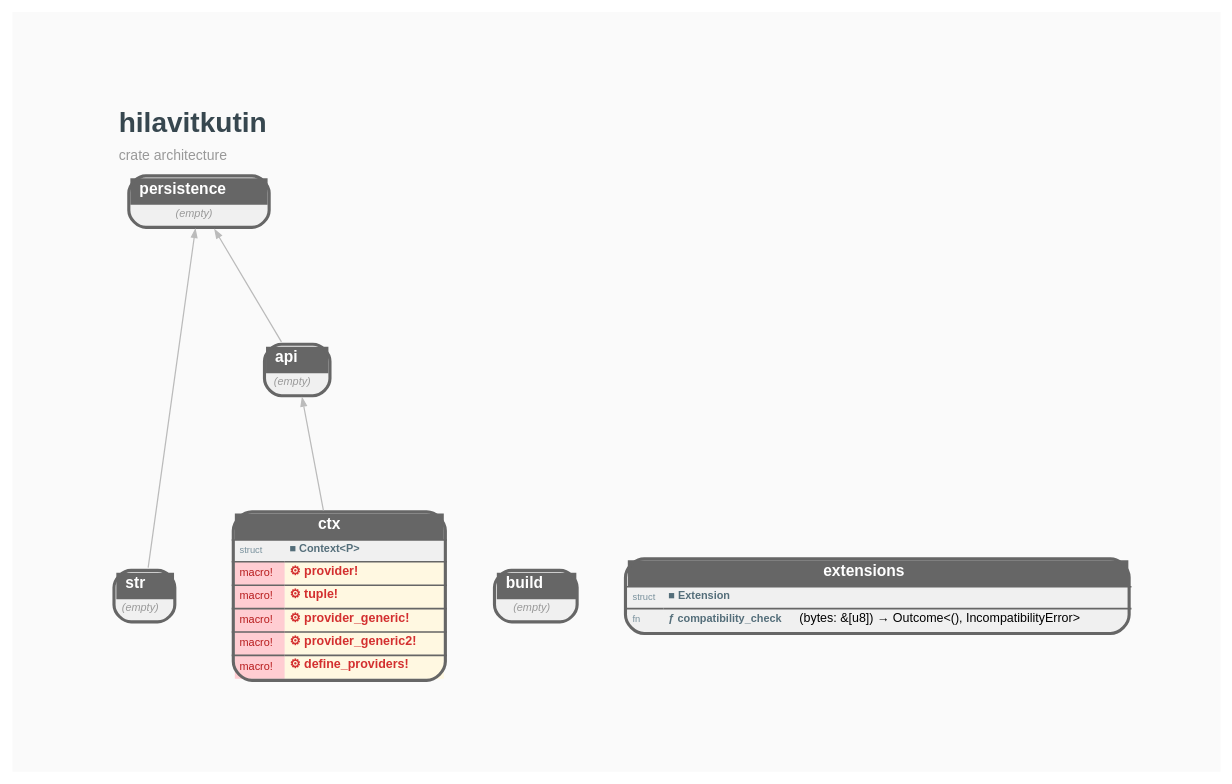
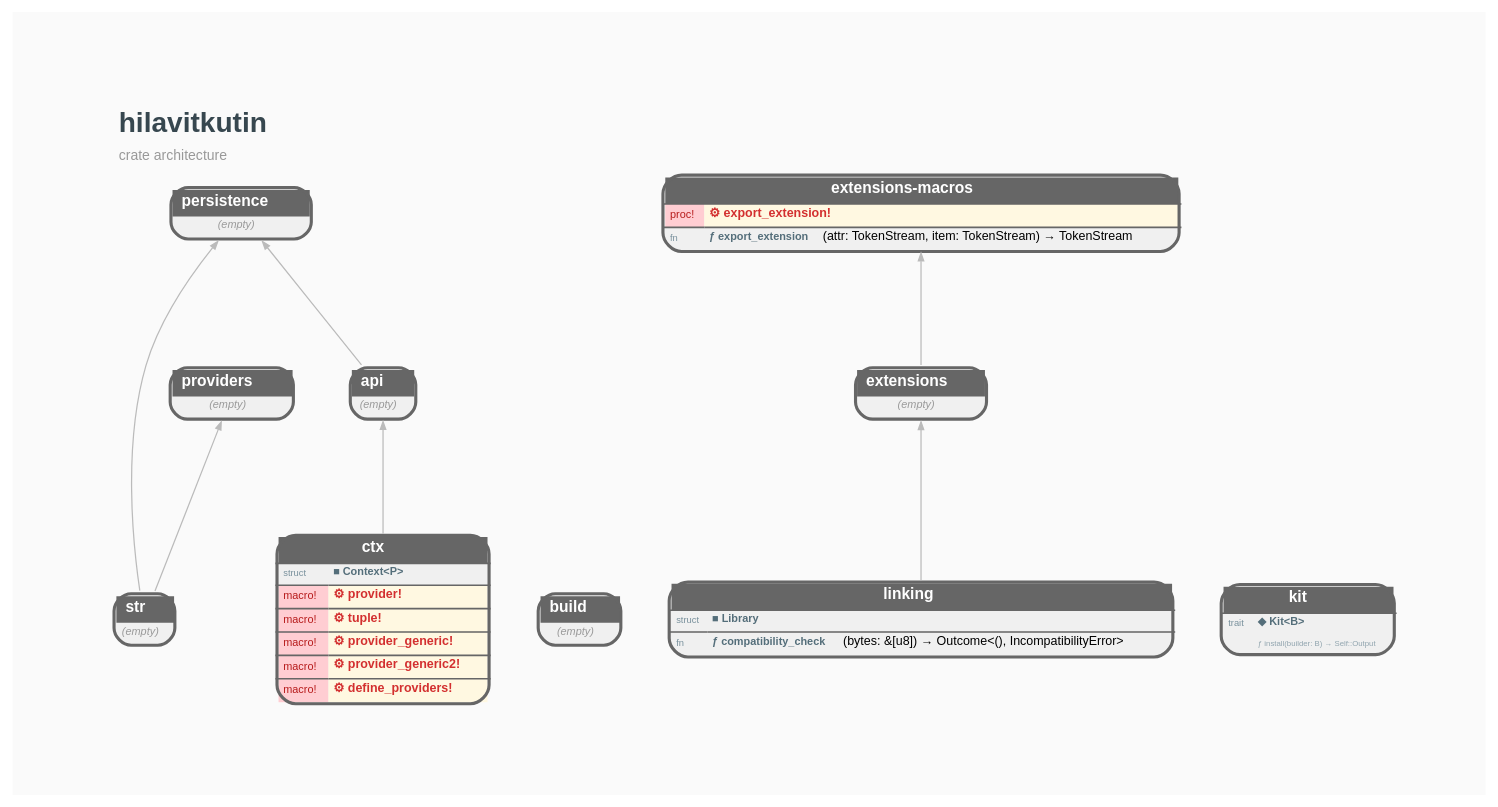
Before and after one commit to orgrinrt/hilavitkutin: the diagram in docs/STRUCTURE.GRAPH.dot, drawn with Graphviz. The commit also changed 39 other files, not shown here.

First line of the commit message:
feat: hilavitkutin-providers v0.1 InternerKit + BuilderResource bridge (#329) (#49)

```diff
--- a/docs/STRUCTURE.GRAPH.dot
+++ b/docs/STRUCTURE.GRAPH.dot
@@ -1,37 +1,45 @@
 // AUTO-GENERATED — DO NOT EDIT DIRECTLY
 //
 // Generated by: mockspace (mock)
-// Generated at: 2026-04-24T07:10:01Z
+// Generated at: 2026-05-04T13:56:08Z
 // Source: mock/
 // To regenerate: cargo mock
 
 digraph hilavitkutin {
     rankdir=BT;
     newrank=true;
     bgcolor="#FAFAFA";
     graph [fontname="Helvetica", fontsize=10, pad=0.8, nodesep=0.4, ranksep=1.0];
     node [fontname="Helvetica", fontsize=8];
     edge [fontname="Helvetica", fontsize=7, color="#BBBBBB", arrowsize=0.5, penwidth=0.8];
 
     labelloc=t;
     labeljust=l;
     label=<<TABLE BORDER="0" CELLBORDER="0" CELLSPACING="0"><TR><TD ALIGN="LEFT"><FONT POINT-SIZE="18" COLOR="#37474F"><B>hilavitkutin</B></FONT></TD></TR><TR><TD ALIGN="LEFT"><FONT POINT-SIZE="9" COLOR="#999999">crate architecture</FONT></TD></TR></TABLE>>;
 
     hilavitkutin_api [shape=none, margin=0, label=<<TABLE BORDER="2" CELLBORDER="0" CELLSPACING="0" CELLPADDING="3" BGCOLOR="#F0F0F0" COLOR="#666666" STYLE="ROUNDED"><TR><TD COLSPAN="2" BGCOLOR="#666666" ALIGN="CENTER"><FONT COLOR="white" POINT-SIZE="10"><B>  api  </B></FONT></TD></TR><TR><TD COLSPAN="2"><FONT COLOR="#999999" POINT-SIZE="7"><I>(empty)</I></FONT></TD></TR></TABLE>>];
     hilavitkutin_build [shape=none, margin=0, label=<<TABLE BORDER="2" CELLBORDER="0" CELLSPACING="0" CELLPADDING="3" BGCOLOR="#F0F0F0" COLOR="#666666" STYLE="ROUNDED"><TR><TD COLSPAN="2" BGCOLOR="#666666" ALIGN="CENTER"><FONT COLOR="white" POINT-SIZE="10"><B>  build  </B></FONT></TD></TR><TR><TD COLSPAN="2"><FONT COLOR="#999999" POINT-SIZE="7"><I>(empty)</I></FONT></TD></TR></TABLE>>];
     hilavitkutin_ctx [shape=none, margin=0, label=<<TABLE BORDER="2" CELLBORDER="0" CELLSPACING="0" CELLPADDING="3" BGCOLOR="#F0F0F0" COLOR="#666666" STYLE="ROUNDED"><TR><TD COLSPAN="2" BGCOLOR="#666666" ALIGN="CENTER"><FONT COLOR="white" POINT-SIZE="10"><B>  ctx  </B></FONT></TD></TR><HR/><TR><TD ALIGN="LEFT"><FONT COLOR="#78909C" POINT-SIZE="6">struct</FONT></TD><TD ALIGN="LEFT" PORT="p_Context"><FONT COLOR="#546E7A" POINT-SIZE="7"><B>■ Context&lt;P&gt;</B></FONT></TD></TR><HR/><TR><TD ALIGN="LEFT" BGCOLOR="#FFCDD2"><FONT COLOR="#B71C1C" POINT-SIZE="7">macro!</FONT></TD><TD ALIGN="LEFT" BGCOLOR="#FFF8E1" PORT="p_provider"><FONT COLOR="#D32F2F"><B>⚙ provider!</B></FONT></TD></TR><HR/><TR><TD ALIGN="LEFT" BGCOLOR="#FFCDD2"><FONT COLOR="#B71C1C" POINT-SIZE="7">macro!</FONT></TD><TD ALIGN="LEFT" BGCOLOR="#FFF8E1" PORT="p_tuple"><FONT COLOR="#D32F2F"><B>⚙ tuple!</B></FONT></TD></TR><HR/><TR><TD ALIGN="LEFT" BGCOLOR="#FFCDD2"><FONT COLOR="#B71C1C" POINT-SIZE="7">macro!</FONT></TD><TD ALIGN="LEFT" BGCOLOR="#FFF8E1" PORT="p_provider_generic"><FONT COLOR="#D32F2F"><B>⚙ provider_generic!</B></FONT></TD></TR><HR/><TR><TD ALIGN="LEFT" BGCOLOR="#FFCDD2"><FONT COLOR="#B71C1C" POINT-SIZE="7">macro!</FONT></TD><TD ALIGN="LEFT" BGCOLOR="#FFF8E1" PORT="p_provider_generic2"><FONT COLOR="#D32F2F"><B>⚙ provider_generic2!</B></FONT></TD></TR><HR/><TR><TD ALIGN="LEFT" BGCOLOR="#FFCDD2"><FONT COLOR="#B71C1C" POINT-SIZE="7">macro!</FONT></TD><TD ALIGN="LEFT" BGCOLOR="#FFF8E1" PORT="p_define_providers"><FONT COLOR="#D32F2F"><B>⚙ define_providers!</B></FONT></TD></TR></TABLE>>];
-    hilavitkutin_extensions [shape=none, margin=0, label=<<TABLE BORDER="2" CELLBORDER="0" CELLSPACING="0" CELLPADDING="3" BGCOLOR="#F0F0F0" COLOR="#666666" STYLE="ROUNDED"><TR><TD COLSPAN="2" BGCOLOR="#666666" ALIGN="CENTER"><FONT COLOR="white" POINT-SIZE="10"><B>  extensions  </B></FONT></TD></TR><HR/><TR><TD ALIGN="LEFT"><FONT COLOR="#78909C" POINT-SIZE="6">struct</FONT></TD><TD ALIGN="LEFT" PORT="p_Extension"><FONT COLOR="#546E7A" POINT-SIZE="7"><B>■ Extension</B></FONT></TD></TR><HR/><TR><TD ALIGN="LEFT"><FONT COLOR="#78909C" POINT-SIZE="6">fn</FONT></TD><TD ALIGN="LEFT" PORT="p_compatibility_check"><FONT COLOR="#546E7A" POINT-SIZE="7"><B>ƒ compatibility_check</B></FONT>(bytes: &amp;[u8]) → Outcome&lt;(), IncompatibilityError&gt;</TD></TR></TABLE>>];
+    hilavitkutin_extensions [shape=none, margin=0, label=<<TABLE BORDER="2" CELLBORDER="0" CELLSPACING="0" CELLPADDING="3" BGCOLOR="#F0F0F0" COLOR="#666666" STYLE="ROUNDED"><TR><TD COLSPAN="2" BGCOLOR="#666666" ALIGN="CENTER"><FONT COLOR="white" POINT-SIZE="10"><B>  extensions  </B></FONT></TD></TR><TR><TD COLSPAN="2"><FONT COLOR="#999999" POINT-SIZE="7"><I>(empty)</I></FONT></TD></TR></TABLE>>];
+    hilavitkutin_extensions_macros [shape=none, margin=0, label=<<TABLE BORDER="2" CELLBORDER="0" CELLSPACING="0" CELLPADDING="3" BGCOLOR="#F0F0F0" COLOR="#666666" STYLE="ROUNDED"><TR><TD COLSPAN="2" BGCOLOR="#666666" ALIGN="CENTER"><FONT COLOR="white" POINT-SIZE="10"><B>  extensions-macros  </B></FONT></TD></TR><HR/><TR><TD ALIGN="LEFT" BGCOLOR="#FFCDD2"><FONT COLOR="#B71C1C" POINT-SIZE="7">proc!</FONT></TD><TD ALIGN="LEFT" BGCOLOR="#FFF8E1" PORT="p_export_extension"><FONT COLOR="#D32F2F"><B>⚙ export_extension!</B></FONT></TD></TR><HR/><TR><TD ALIGN="LEFT"><FONT COLOR="#78909C" POINT-SIZE="6">fn</FONT></TD><TD ALIGN="LEFT" PORT="p_export_extension"><FONT COLOR="#546E7A" POINT-SIZE="7"><B>ƒ export_extension</B></FONT>(attr: TokenStream, item: TokenStream) → TokenStream</TD></TR></TABLE>>];
+    hilavitkutin_kit [shape=none, margin=0, label=<<TABLE BORDER="2" CELLBORDER="0" CELLSPACING="0" CELLPADDING="3" BGCOLOR="#F0F0F0" COLOR="#666666" STYLE="ROUNDED"><TR><TD COLSPAN="2" BGCOLOR="#666666" ALIGN="CENTER"><FONT COLOR="white" POINT-SIZE="10"><B>  kit  </B></FONT></TD></TR><HR/><TR><TD ALIGN="LEFT"><FONT COLOR="#78909C" POINT-SIZE="6">trait</FONT></TD><TD ALIGN="LEFT" PORT="p_Kit"><FONT COLOR="#546E7A" POINT-SIZE="7"><B>◆ Kit&lt;B&gt;</B></FONT></TD></TR><TR><TD></TD><TD ALIGN="LEFT"><FONT COLOR="#90A4AE" POINT-SIZE="5">ƒ install(builder: B) → Self::Output</FONT></TD></TR></TABLE>>];
+    hilavitkutin_linking [shape=none, margin=0, label=<<TABLE BORDER="2" CELLBORDER="0" CELLSPACING="0" CELLPADDING="3" BGCOLOR="#F0F0F0" COLOR="#666666" STYLE="ROUNDED"><TR><TD COLSPAN="2" BGCOLOR="#666666" ALIGN="CENTER"><FONT COLOR="white" POINT-SIZE="10"><B>  linking  </B></FONT></TD></TR><HR/><TR><TD ALIGN="LEFT"><FONT COLOR="#78909C" POINT-SIZE="6">struct</FONT></TD><TD ALIGN="LEFT" PORT="p_Library"><FONT COLOR="#546E7A" POINT-SIZE="7"><B>■ Library</B></FONT></TD></TR><HR/><TR><TD ALIGN="LEFT"><FONT COLOR="#78909C" POINT-SIZE="6">fn</FONT></TD><TD ALIGN="LEFT" PORT="p_compatibility_check"><FONT COLOR="#546E7A" POINT-SIZE="7"><B>ƒ compatibility_check</B></FONT>(bytes: &amp;[u8]) → Outcome&lt;(), IncompatibilityError&gt;</TD></TR></TABLE>>];
     hilavitkutin_persistence [shape=none, margin=0, label=<<TABLE BORDER="2" CELLBORDER="0" CELLSPACING="0" CELLPADDING="3" BGCOLOR="#F0F0F0" COLOR="#666666" STYLE="ROUNDED"><TR><TD COLSPAN="2" BGCOLOR="#666666" ALIGN="CENTER"><FONT COLOR="white" POINT-SIZE="10"><B>  persistence  </B></FONT></TD></TR><TR><TD COLSPAN="2"><FONT COLOR="#999999" POINT-SIZE="7"><I>(empty)</I></FONT></TD></TR></TABLE>>];
+    hilavitkutin_providers [shape=none, margin=0, label=<<TABLE BORDER="2" CELLBORDER="0" CELLSPACING="0" CELLPADDING="3" BGCOLOR="#F0F0F0" COLOR="#666666" STYLE="ROUNDED"><TR><TD COLSPAN="2" BGCOLOR="#666666" ALIGN="CENTER"><FONT COLOR="white" POINT-SIZE="10"><B>  providers  </B></FONT></TD></TR><TR><TD COLSPAN="2"><FONT COLOR="#999999" POINT-SIZE="7"><I>(empty)</I></FONT></TD></TR></TABLE>>];
     hilavitkutin_str [shape=none, margin=0, label=<<TABLE BORDER="2" CELLBORDER="0" CELLSPACING="0" CELLPADDING="3" BGCOLOR="#F0F0F0" COLOR="#666666" STYLE="ROUNDED"><TR><TD COLSPAN="2" BGCOLOR="#666666" ALIGN="CENTER"><FONT COLOR="white" POINT-SIZE="10"><B>  str  </B></FONT></TD></TR><TR><TD COLSPAN="2"><FONT COLOR="#999999" POINT-SIZE="7"><I>(empty)</I></FONT></TD></TR></TABLE>>];
 
-    { rank=same; hilavitkutin_build; hilavitkutin_ctx; hilavitkutin_extensions; hilavitkutin_str; } // depth 0
-    { rank=same; hilavitkutin_api; } // depth 1
-    { rank=same; hilavitkutin_persistence; } // depth 2
+    { rank=same; hilavitkutin_build; hilavitkutin_ctx; hilavitkutin_kit; hilavitkutin_linking; hilavitkutin_str; } // depth 0
+    { rank=same; hilavitkutin_api; hilavitkutin_extensions; } // depth 1
+    { rank=same; hilavitkutin_extensions_macros; hilavitkutin_persistence; } // depth 2
+    { rank=same; hilavitkutin_providers; } // depth 3
 
 
     // Dependency edges (transitively reduced)
     hilavitkutin_ctx -> hilavitkutin_api;
+    hilavitkutin_linking -> hilavitkutin_extensions;
+    hilavitkutin_extensions -> hilavitkutin_extensions_macros;
     hilavitkutin_str -> hilavitkutin_persistence;
     hilavitkutin_api -> hilavitkutin_persistence;
+    hilavitkutin_str -> hilavitkutin_providers;
 
 }
```
